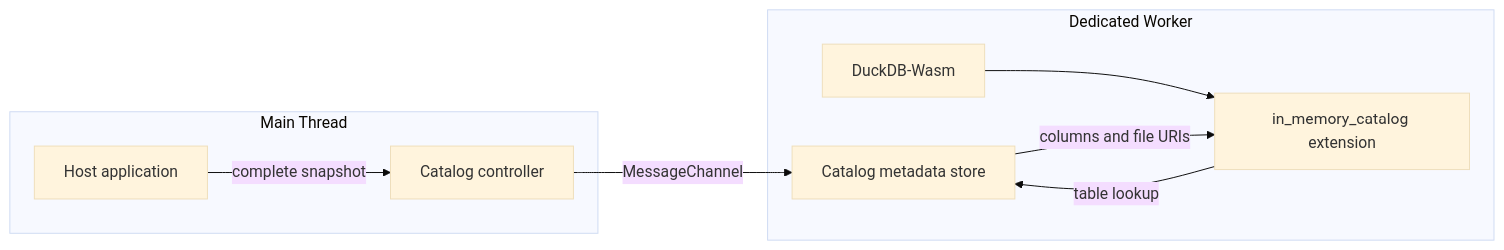
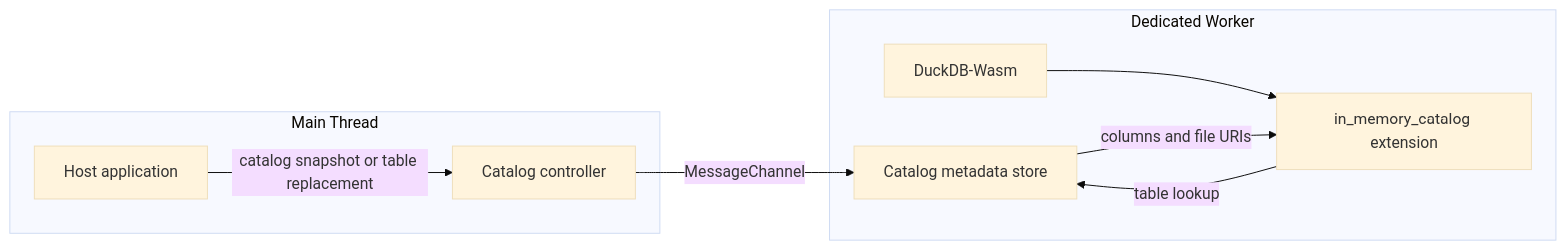
Before and after one commit to tokibi/duckdb-wasm-in-memory-catalog: the diagram in README.md, drawn with Mermaid (base theme). The commit also changed other lines of this file and 12 other files, not shown here.

````diff
--- a/README.md
+++ b/README.md
@@ -11,17 +11,17 @@
 ```mermaid
 flowchart LR
   subgraph Main[Main Thread]
     App[Host application]
     Controller[Catalog controller]
   end
   subgraph Dedicated[Dedicated Worker]
     DuckDB[DuckDB-Wasm]
     Extension[in_memory_catalog extension]
     Worker[Catalog metadata store]
   end
-  App -->|complete snapshot| Controller
+  App -->|catalog snapshot or table replacement| Controller
   Controller -->|MessageChannel| Worker
   DuckDB --> Extension
   Extension -->|table lookup| Worker
   Worker -->|columns and file URIs| Extension
 ```
````
